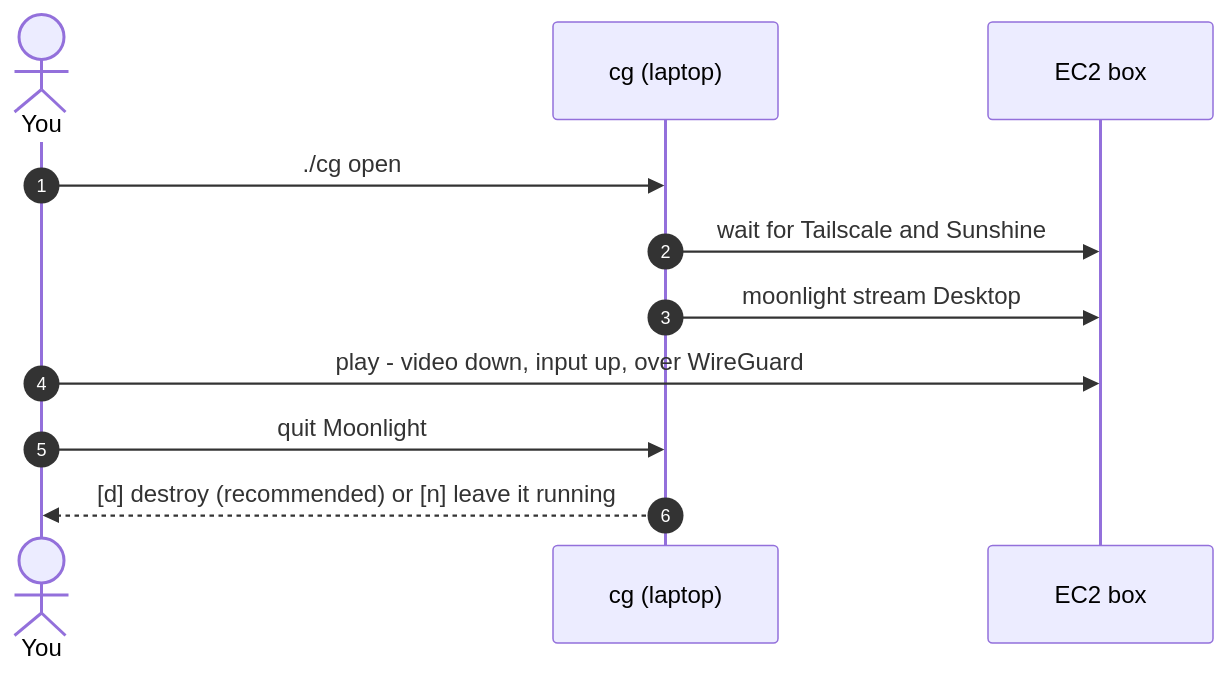
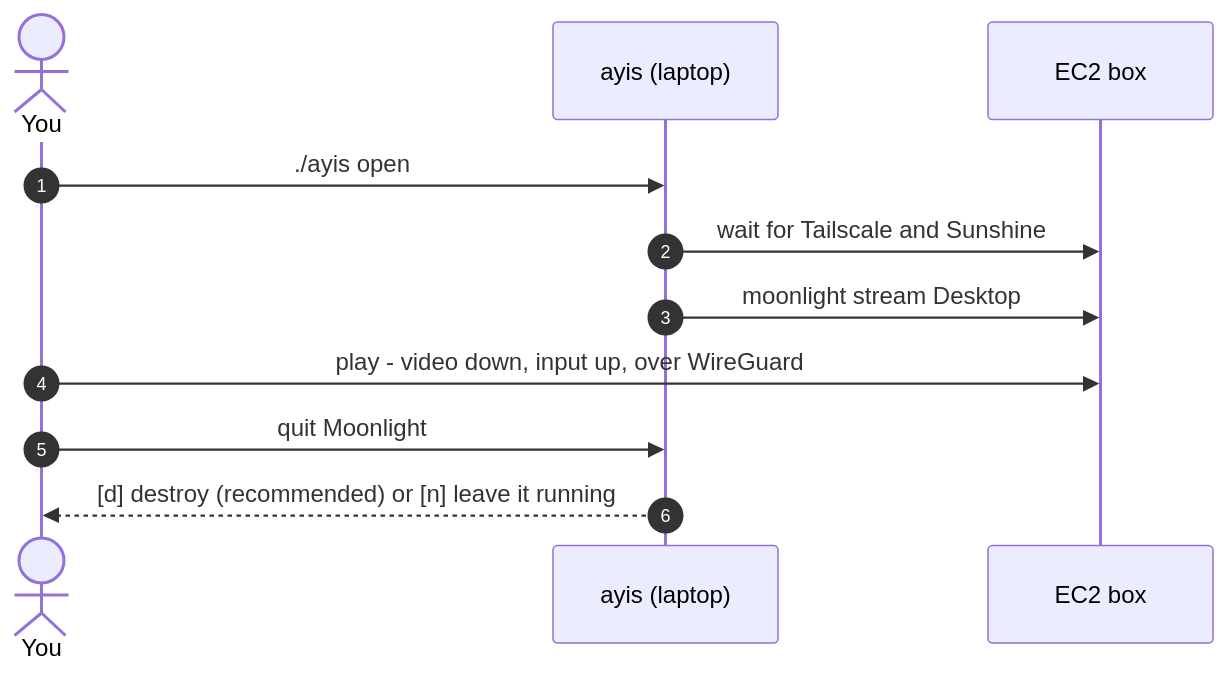
One commit to jebin2/aws_cloud_gaming changed the fifth of 9 diagrams in docs/architecture.md. Above: the diagram before and after it, drawn with Mermaid. The commit also changed other lines of this file and 334 other files, not shown here.

````diff
--- a/docs/architecture.md
+++ b/docs/architecture.md
@@ -206,14 +206,14 @@
 ```mermaid
 sequenceDiagram
   autonumber
   actor You
-  participant cg as cg (laptop)
+  participant ayis as ayis (laptop)
   participant EC2 as EC2 box
 
-  You->>cg: ./cg open
-  cg->>EC2: wait for Tailscale and Sunshine
-  cg->>EC2: moonlight stream Desktop
+  You->>ayis: ./ayis open
+  ayis->>EC2: wait for Tailscale and Sunshine
+  ayis->>EC2: moonlight stream Desktop
   You->>EC2: play - video down, input up, over WireGuard
-  You->>cg: quit Moonlight
-  cg-->>You: [d] destroy (recommended) or [n] leave it running
+  You->>ayis: quit Moonlight
+  ayis-->>You: [d] destroy (recommended) or [n] leave it running
 ```
````
